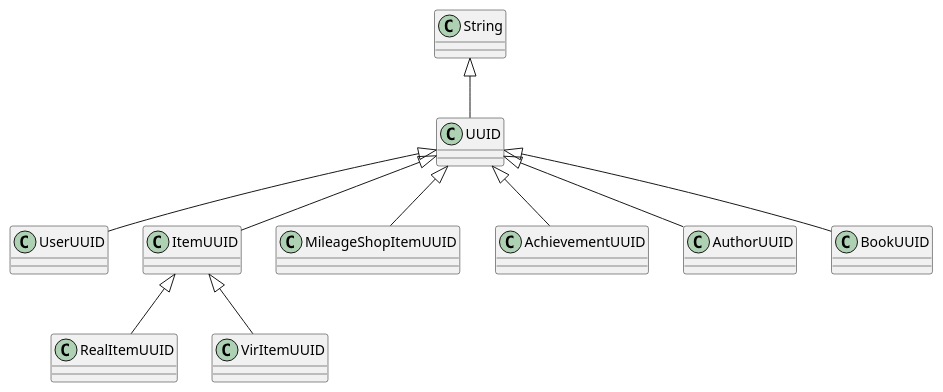
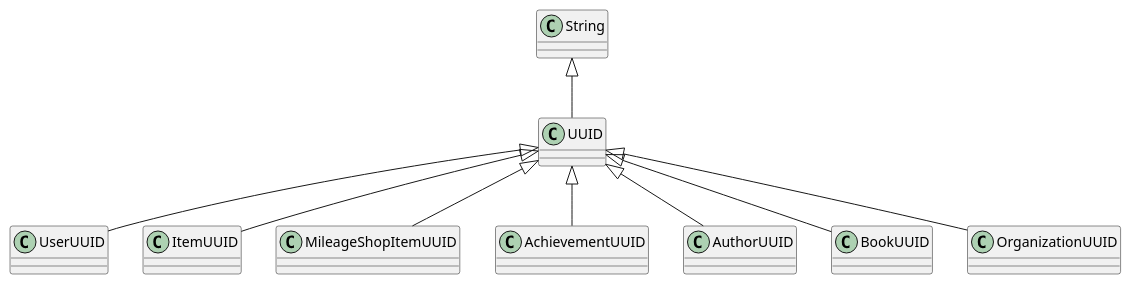
Before and after one commit to ShapeLayer/se-lecture-task__project-structure-definitions: the diagram in src/definitions/uuid.puml, drawn with PlantUML. The commit also changed 20 other files, not shown here.

```diff
--- a/src/definitions/uuid.puml
+++ b/src/definitions/uuid.puml
@@ -1,11 +1,10 @@
 @startuml
 class UUID extends String
 class UserUUID extends UUID
 class ItemUUID extends UUID
 class MileageShopItemUUID extends UUID
-class RealItemUUID extends ItemUUID
-class VirItemUUID extends ItemUUID
 class AchievementUUID extends UUID
 class AuthorUUID extends UUID
 class BookUUID extends UUID
+class OrganizationUUID extends UUID
 @enduml
```
